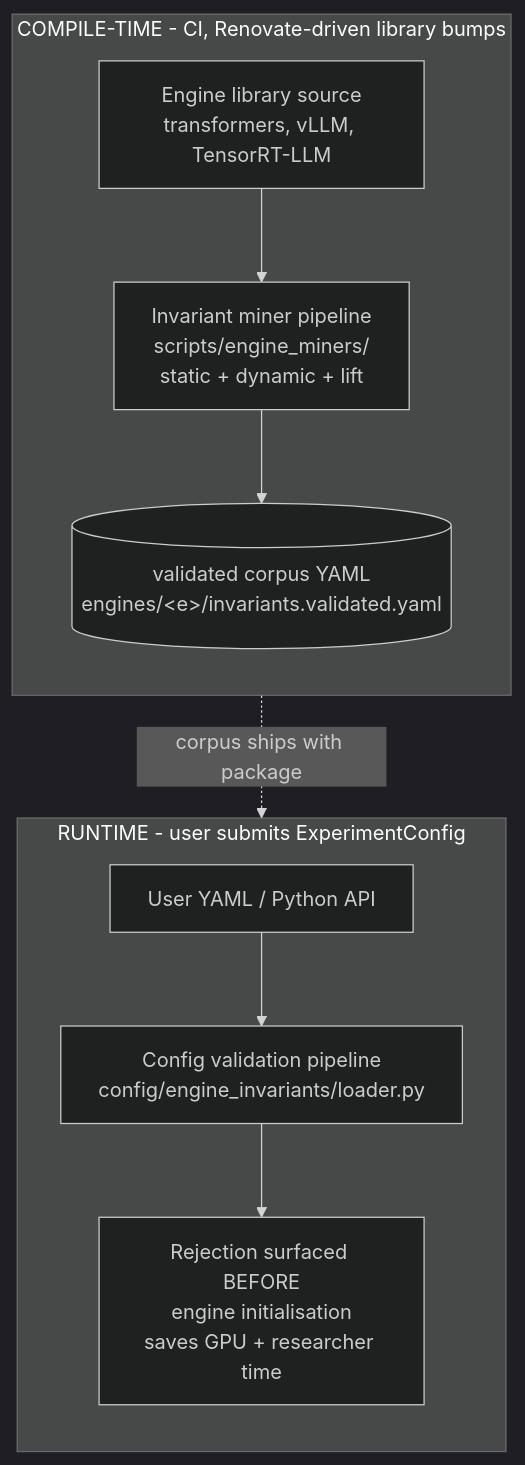
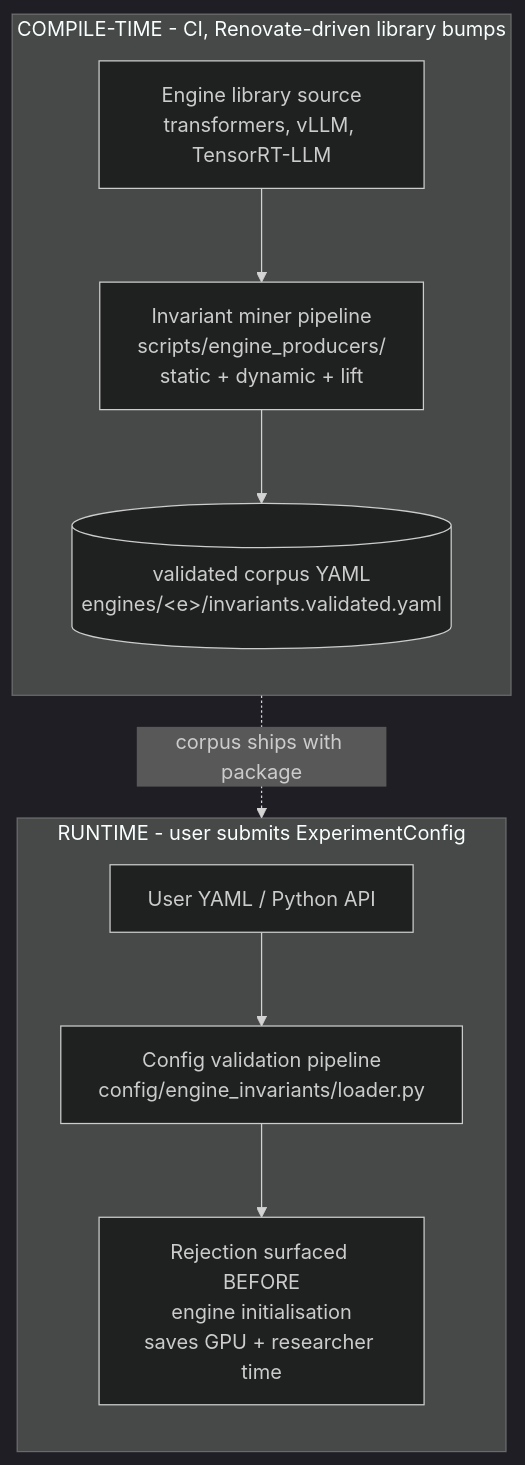
The first of 3 diagrams in docs/explanation/architecture/architecture-overview.md (henrycgbaker/LLenergyMeasure), drawn with Mermaid (dark theme) before and after one commit. The commit also changed other lines of this file and 179 other files, not shown here.

First line of the commit message:
refactor(engines): structural cleanup — engine_versions/ layout, producers rename, stub factory (#634)

````diff
--- a/docs/explanation/architecture/architecture-overview.md
+++ b/docs/explanation/architecture/architecture-overview.md
@@ -20,20 +20,20 @@
 ```mermaid
 flowchart TB
     subgraph compile["COMPILE-TIME - CI, Renovate-driven library bumps"]
         direction TB
         src[Engine library source<br/>transformers, vLLM, TensorRT-LLM]
-        miner[Invariant miner pipeline<br/>scripts/engine_miners/<br/>static + dynamic + lift]
+        miner[Invariant miner pipeline<br/>scripts/engine_producers/<br/>static + dynamic + lift]
         validated[(validated corpus YAML<br/>engines/&lt;e&gt;/invariants.validated.yaml)]
         src --> miner --> validated
     end
 
     subgraph runtime["RUNTIME - user submits ExperimentConfig"]
         direction TB
         user[User YAML / Python API]
         loader[Config validation pipeline<br/>config/engine_invariants/loader.py]
         rejected[Rejection surfaced BEFORE<br/>engine initialisation<br/>saves GPU + researcher time]
         user --> loader --> rejected
     end
 
     validated -. corpus ships with package .-> loader
 ```
````
